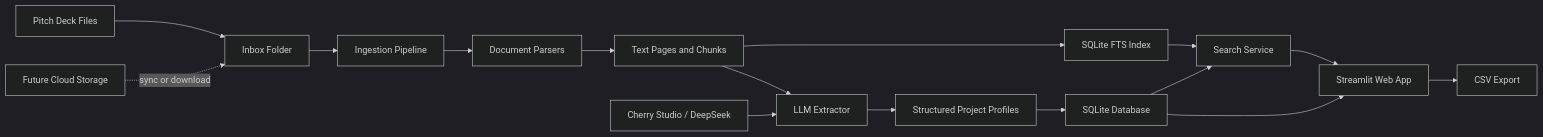
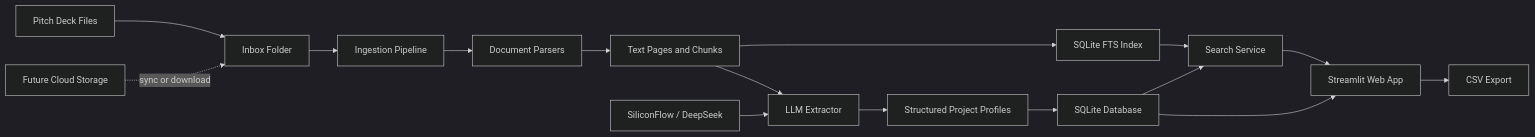
Before and after one commit to zfyaryan-wq/bp-screener: the diagram in README.md, drawn with Mermaid (dark theme). The commit also changed other lines of this file and 49 other files, not shown here.

````diff
--- a/README.md
+++ b/README.md
@@ -25,19 +25,19 @@
 ```mermaid
 flowchart LR
     A[Pitch Deck Files] --> B[Inbox Folder]
     B --> C[Ingestion Pipeline]
     C --> D[Document Parsers]
     D --> E[Text Pages and Chunks]
     E --> F[LLM Extractor]
     E --> G[SQLite FTS Index]
     F --> H[Structured Project Profiles]
     H --> I[SQLite Database]
     G --> J[Search Service]
     I --> J
     J --> K[Streamlit Web App]
     I --> K
     K --> L[CSV Export]
 
-    M[Cherry Studio / DeepSeek] --> F
+    M[SiliconFlow / DeepSeek] --> F
     N[Future Cloud Storage] -. sync or download .-> B
 ```
````
